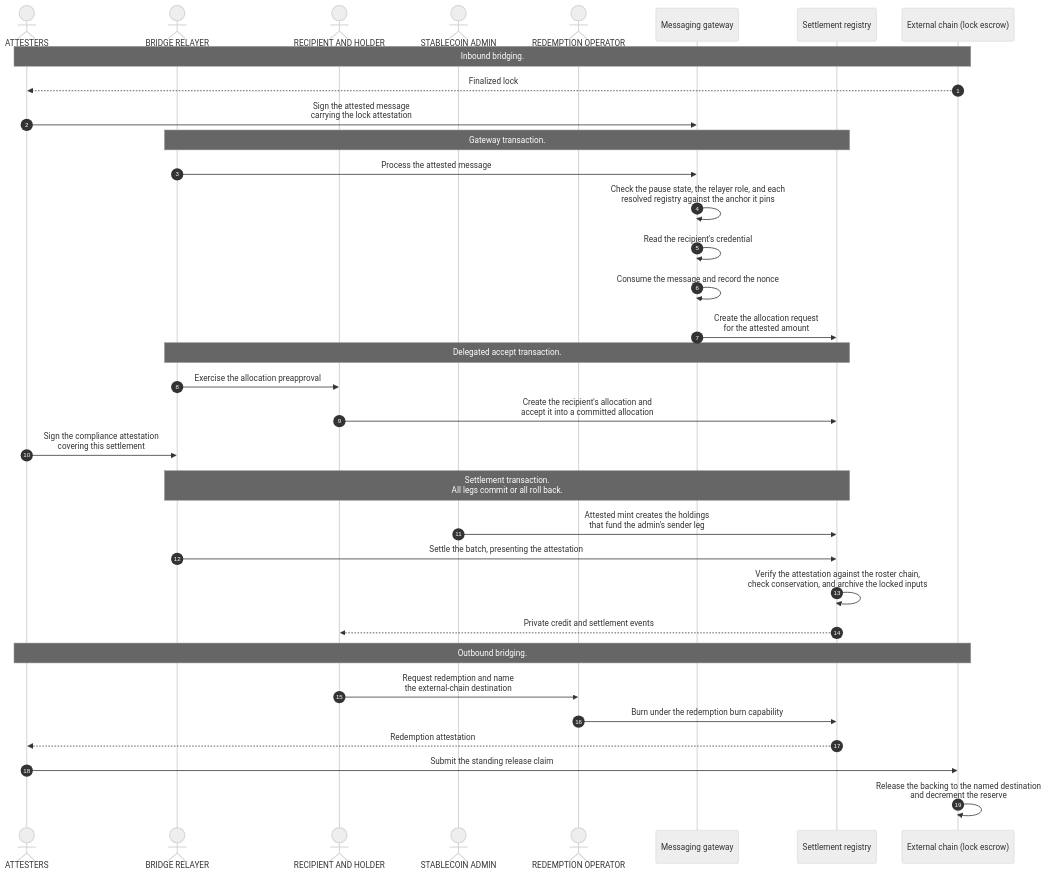
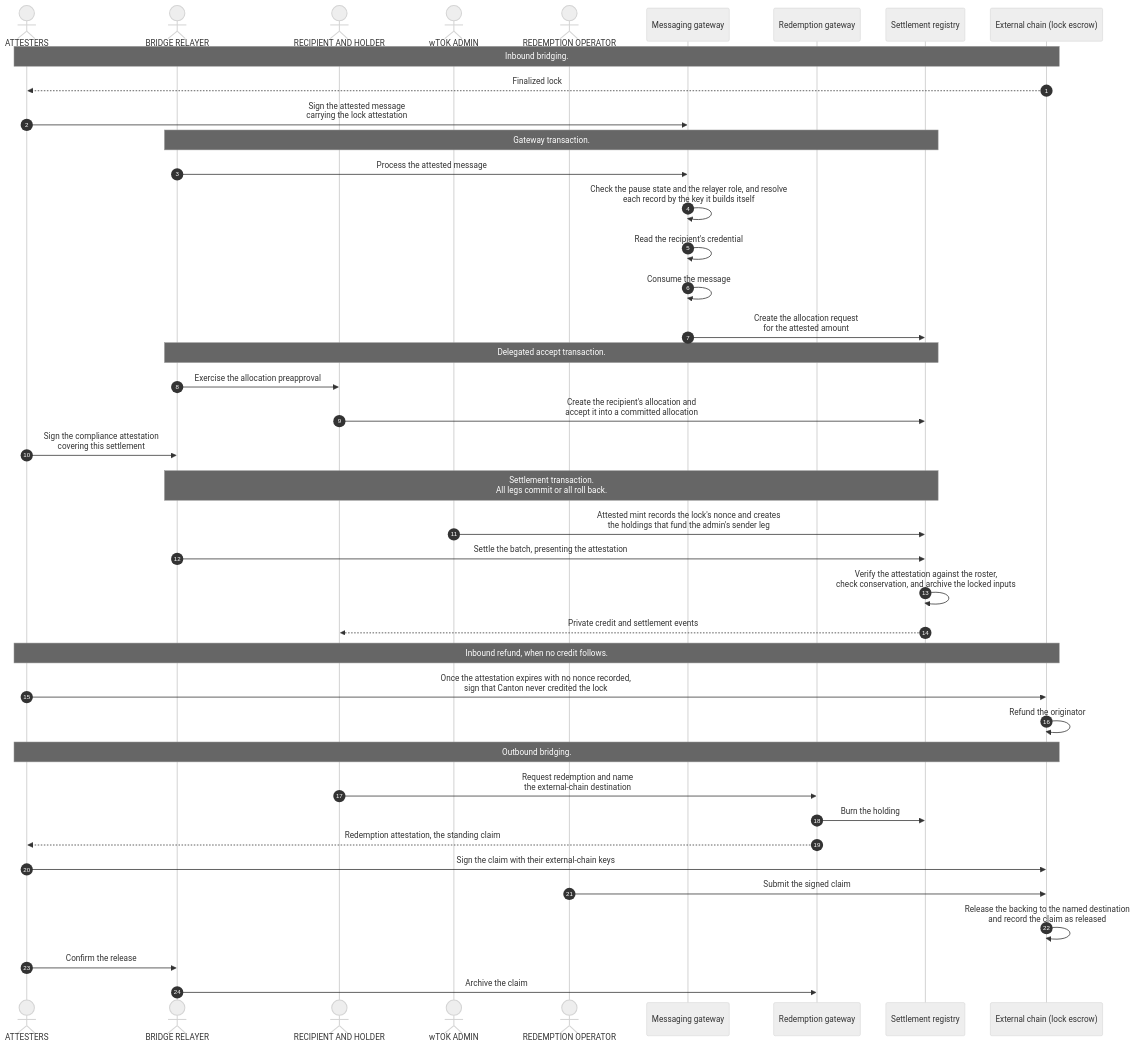
One commit to OpenZeppelin/canton-specs changed the diagram in docs/reference-architectures/cross-chain-stablecoin.md. Above: the diagram before and after it, drawn with Mermaid (neutral theme). The commit also changed other lines of this file, not shown here.

First line of the commit message:
Rework registry keys, replay protection, and the outbound redemption path in the cross-chain stablecoin RI (#101)

````diff
--- a/docs/reference-architectures/cross-chain-stablecoin.md
+++ b/docs/reference-architectures/cross-chain-stablecoin.md
@@ -262,39 +271,46 @@
 ```mermaid
 sequenceDiagram
     autonumber
     actor Attesters as ATTESTERS
     actor Relayer as BRIDGE RELAYER
     actor Recipient as RECIPIENT AND HOLDER
-    actor Admin as STABLECOIN ADMIN
+    actor Admin as wTOK ADMIN
     actor Operator as REDEMPTION OPERATOR
     participant App as Messaging gateway
+    participant Redeem as Redemption gateway
     participant Registry as Settlement registry
     participant Chain as External chain (lock escrow)
 
     Note over Attesters,Chain: Inbound bridging.
     Chain-->>Attesters: Finalized lock
     Attesters->>App: Sign the attested message<br/>carrying the lock attestation
     Note over Relayer,Registry: Gateway transaction.
     Relayer->>App: Process the attested message
-    App->>App: Check the pause state, the relayer role, and each<br/>resolved registry against the anchor it pins
+    App->>App: Check the pause state and the relayer role, and resolve<br/>each record by the key it builds itself
     App->>App: Read the recipient's credential
-    App->>App: Consume the message and record the nonce
+    App->>App: Consume the message
     App->>Registry: Create the allocation request<br/>for the attested amount
     Note over Relayer,Registry: Delegated accept transaction.
     Relayer->>Recipient: Exercise the allocation preapproval
     Recipient->>Registry: Create the recipient's allocation and<br/>accept it into a committed allocation
     Attesters->>Relayer: Sign the compliance attestation<br/>covering this settlement
     rect rgba(255, 255, 255, .1)
         Note over Relayer,Registry: Settlement transaction.<br/>All legs commit or all roll back.
-        Admin->>Registry: Attested mint creates the holdings<br/>that fund the admin's sender leg
+        Admin->>Registry: Attested mint records the lock's nonce and creates<br/>the holdings that fund the admin's sender leg
         Relayer->>Registry: Settle the batch, presenting the attestation
-        Registry->>Registry: Verify the attestation against the roster chain,<br/>check conservation, and archive the locked inputs
+        Registry->>Registry: Verify the attestation against the roster,<br/>check conservation, and archive the locked inputs
         Registry-->>Recipient: Private credit and settlement events
     end
+    Note over Attesters,Chain: Inbound refund, when no credit follows.
+    Attesters->>Chain: Once the attestation expires with no nonce recorded,<br/>sign that Canton never credited the lock
+    Chain->>Chain: Refund the originator
     Note over Attesters,Chain: Outbound bridging.
-    Recipient->>Operator: Request redemption and name<br/>the external-chain destination
-    Operator->>Registry: Burn under the redemption burn capability
-    Registry-->>Attesters: Redemption attestation
-    Attesters->>Chain: Submit the standing release claim
-    Chain->>Chain: Release the backing to the named destination<br/>and decrement the reserve
+    Recipient->>Redeem: Request redemption and name<br/>the external-chain destination
+    Redeem->>Registry: Burn the holding
+    Redeem-->>Attesters: Redemption attestation, the standing claim
+    Attesters->>Chain: Sign the claim with their external-chain keys
+    Operator->>Chain: Submit the signed claim
+    Chain->>Chain: Release the backing to the named destination<br/>and record the claim as released
+    Attesters->>Relayer: Confirm the release
+    Relayer->>Redeem: Archive the claim
 ```
````
